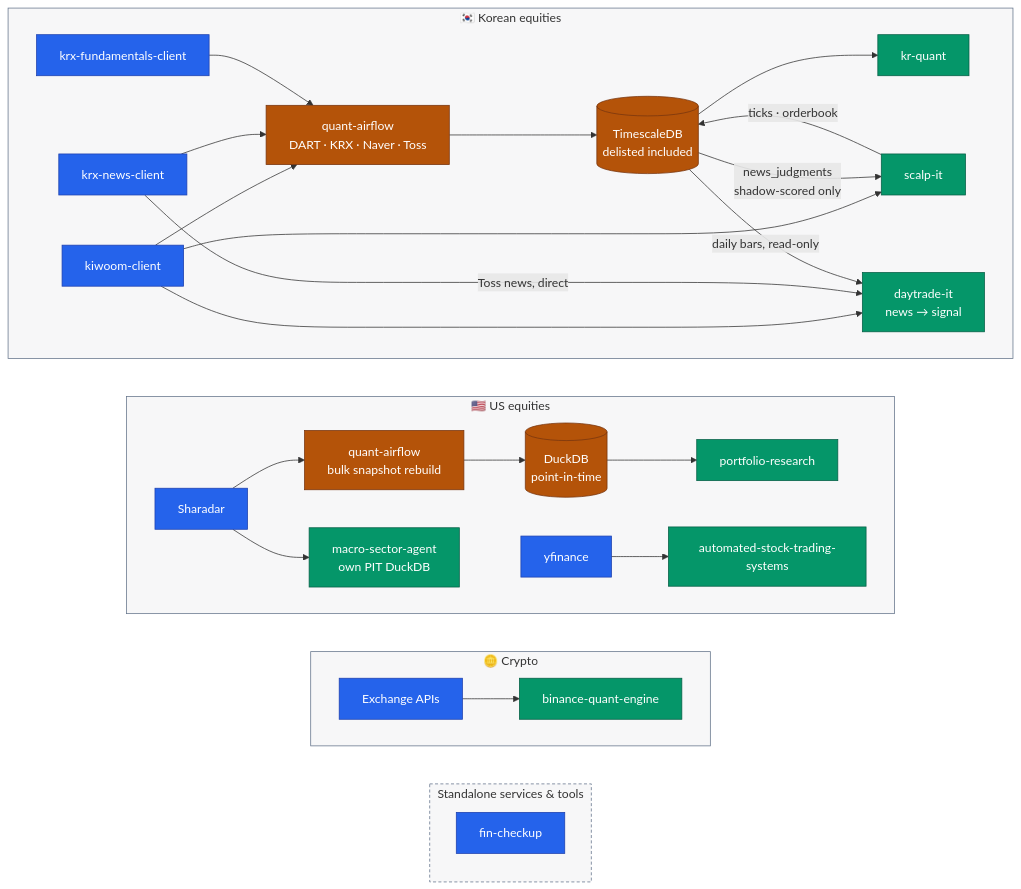
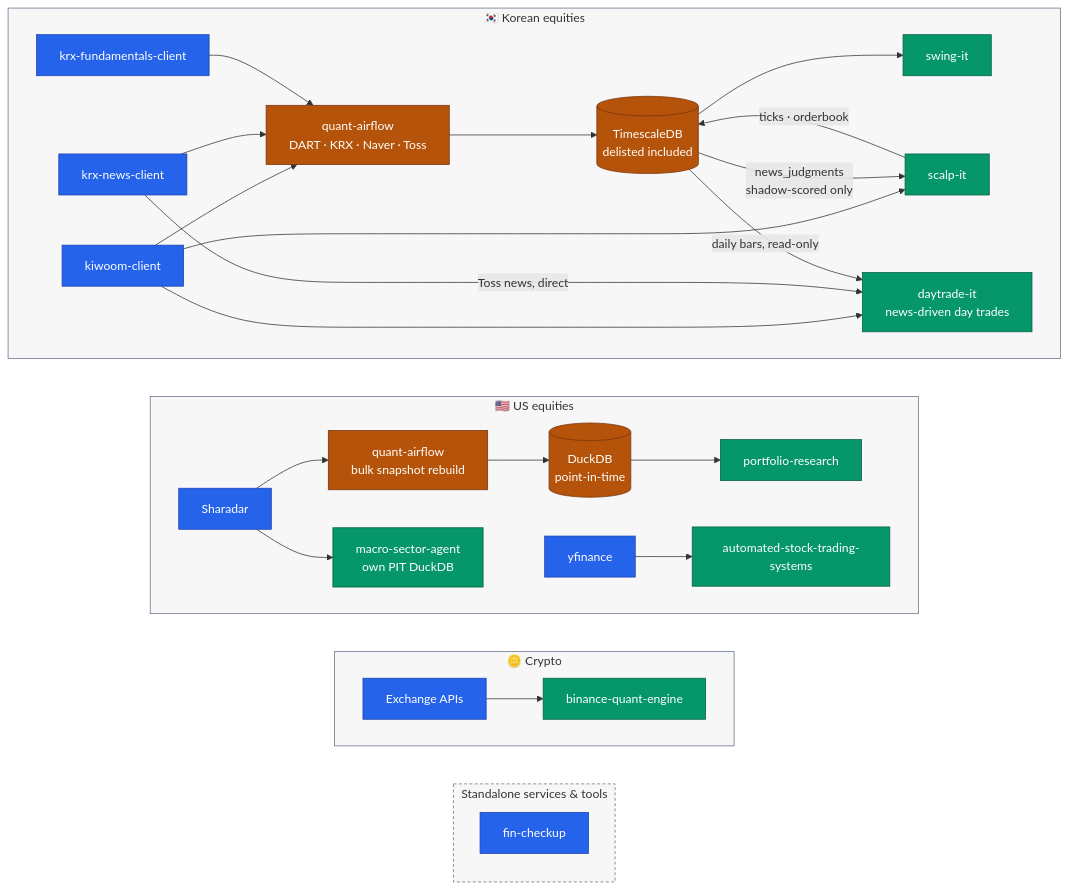
The first of 3 diagrams in README.md (younghwan91/younghwan91), drawn with Mermaid before and after one commit. The commit also changed other lines of this file and 1 other file, not shown here.

First line of the commit message:
docs(readme): kr-quant → swing-it 개명, daytrade-it 무인 실주문 전환 반영

````diff
--- a/README.md
+++ b/README.md
@@ -21,48 +21,48 @@
 ```mermaid
 flowchart TB
     subgraph KR ["🇰🇷 Korean equities"]
         direction LR
-        K["kiwoom-client"] --> AF["quant-airflow<br/>DART · KRX · Naver · Toss"] --> DB[("TimescaleDB<br/>delisted included")] --> Q["kr-quant"]
+        K["kiwoom-client"] --> AF["quant-airflow<br/>DART · KRX · Naver · Toss"] --> DB[("TimescaleDB<br/>delisted included")] --> Q["swing-it"]
         NW["krx-news-client"] --> AF
         F["krx-fundamentals-client"] --> AF
         K --> SC["scalp-it"]
         SC -- "ticks · orderbook" --> DB
         DB -- "news_judgments<br/>shadow-scored only" --> SC
-        K --> KSIG["daytrade-it<br/>news → signal"]
+        K --> KSIG["daytrade-it<br/>news-driven day trades"]
         NW -- "Toss news, direct" --> KSIG
         DB -- "daily bars, read-only" --> KSIG
     end
 
     subgraph US ["🇺🇸 US equities"]
         direction LR
         SH["Sharadar"] --> AFU["quant-airflow<br/>bulk snapshot rebuild"] --> DD[("DuckDB<br/>point-in-time")] --> O["portfolio-research"]
         SH --> MS["macro-sector-agent<br/>own PIT DuckDB"]
         YF["yfinance"] --> AT["automated-stock-trading-systems"]
     end
 
     subgraph CX ["🪙 Crypto"]
         direction LR
         EX["Exchange APIs"] --> CR["binance-quant-engine"]
     end
 
     subgraph SVC ["Standalone services & tools"]
         direction TB
         FC["fin-checkup"]
     end
 
     %% 세로 정렬용 — `~~~` 는 그 자체로 보이지 않는 링크다(linkStyle 불필요).
     KR ~~~ US ~~~ CX ~~~ SVC
 
     classDef source fill:#2563EB,stroke:#1E40AF,color:#FFFFFF
     classDef move   fill:#B45309,stroke:#78350F,color:#FFFFFF
     classDef out    fill:#059669,stroke:#065F46,color:#FFFFFF
 
     class K,SH,YF,EX,F,NW,FC source
     class AF,AFU,DB,DD move
     class Q,O,AT,CR,SC,MS,KSIG out
 
     style KR  fill:#0F172A08,stroke:#64748B
     style US  fill:#0F172A08,stroke:#64748B
     style CX  fill:#0F172A08,stroke:#64748B
     style SVC fill:#0F172A08,stroke:#64748B,stroke-dasharray:4 3
 ```
````
